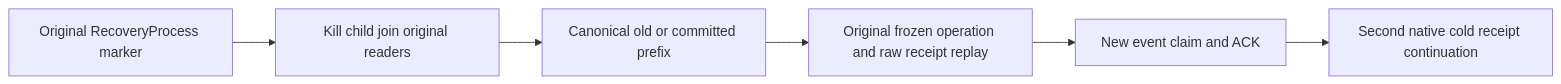
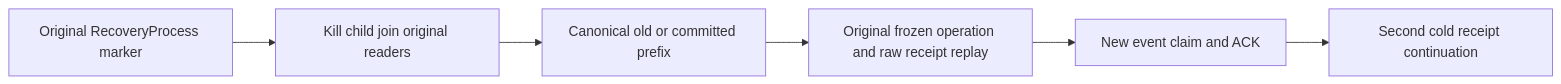
Before and after one commit to managedcode/KeyLoad: the diagram in docs/Features/Messaging/SubscriptionProcessingRecovery.md, drawn with Mermaid. The commit also changed other lines of this file and 9016 other files, not shown here.

````diff
--- a/docs/Features/Messaging/SubscriptionProcessingRecovery.md
+++ b/docs/Features/Messaging/SubscriptionProcessingRecovery.md
@@ -11,8 +11,8 @@
 ```mermaid
 flowchart LR
     Child[Original RecoveryProcess marker] --> Join[Kill child join original readers]
     Join --> Prefix[Canonical old or committed prefix]
     Prefix --> Retry[Original frozen operation and raw receipt replay]
     Retry --> Healthy[New event claim and ACK]
-    Healthy --> Cold[Second native cold receipt continuation]
+    Healthy --> Cold[Second cold receipt continuation]
 ```
````
